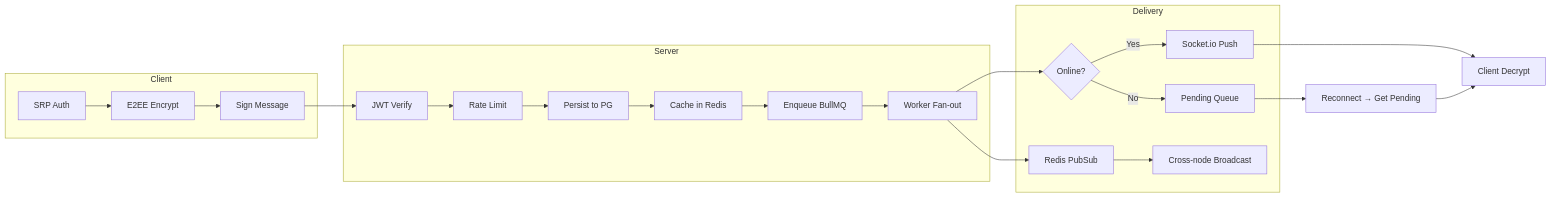
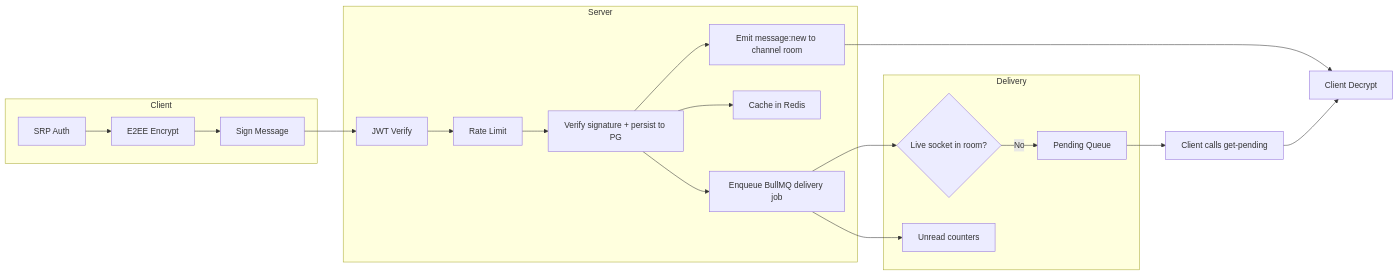
One commit to BazilSuhail/ZEVRA-Server changed the seventh of 7 diagrams in README.md. Above: the diagram before and after it, drawn with Mermaid. The commit also changed other lines of this file and 125 other files, not shown here.

````diff
--- a/README.md
+++ b/README.md
@@ -261,28 +235,26 @@
 ```mermaid
 graph LR
     subgraph Client
         A[SRP Auth] --> B[E2EE Encrypt]
         B --> C[Sign Message]
     end
 
     subgraph Server
         D[JWT Verify] --> E[Rate Limit]
-        E --> F[Persist to PG]
+        E --> F[Verify signature + persist to PG]
+        F --> K[Emit message:new to channel room]
         F --> G[Cache in Redis]
-        G --> H[Enqueue BullMQ]
-        H --> I[Worker Fan-out]
+        F --> H[Enqueue BullMQ delivery job]
     end
 
     subgraph Delivery
-        I --> J{Online?}
-        J -->|Yes| K[Socket.io Push]
+        H --> J{Live socket in room?}
         J -->|No| L[Pending Queue]
-        I --> M[Redis PubSub]
-        M --> N[Cross-node Broadcast]
+        H --> U[Unread counters]
     end
 
     C --> D
     K --> O[Client Decrypt]
-    L --> P[Reconnect → Get Pending]
+    L --> P[Client calls get-pending]
     P --> O
 ```
````
